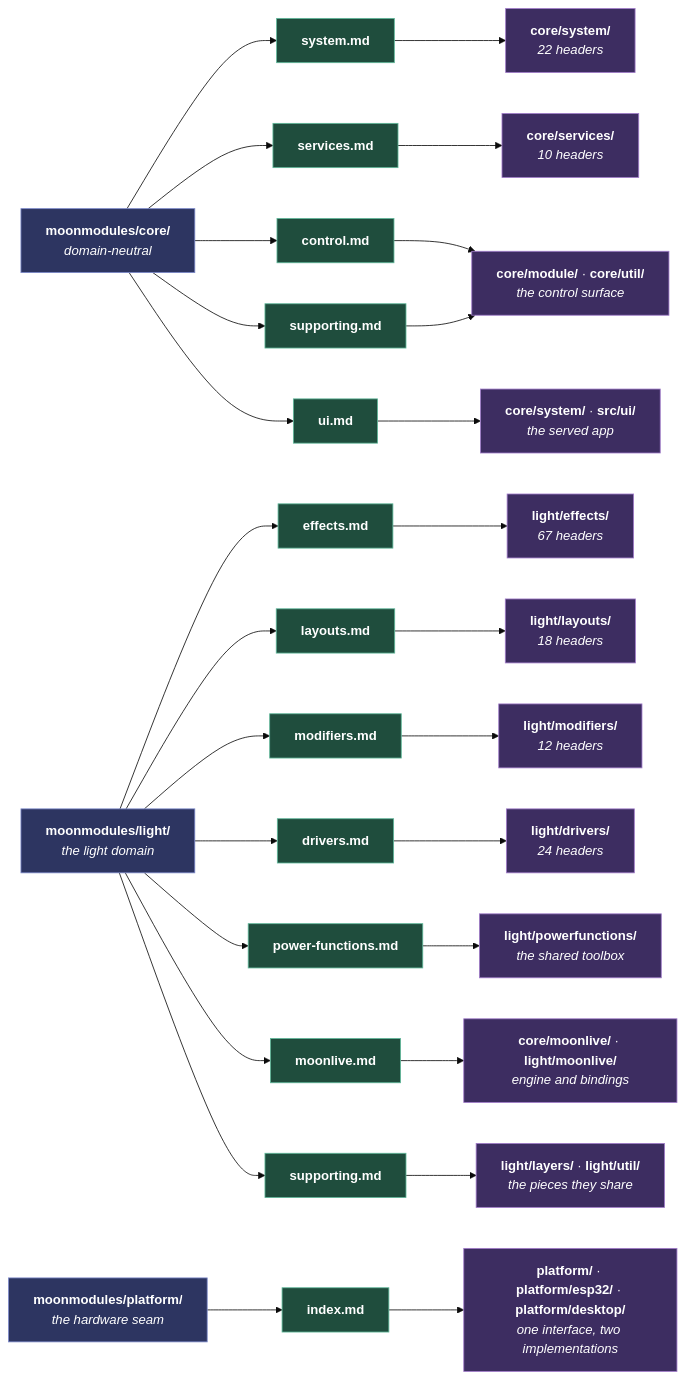
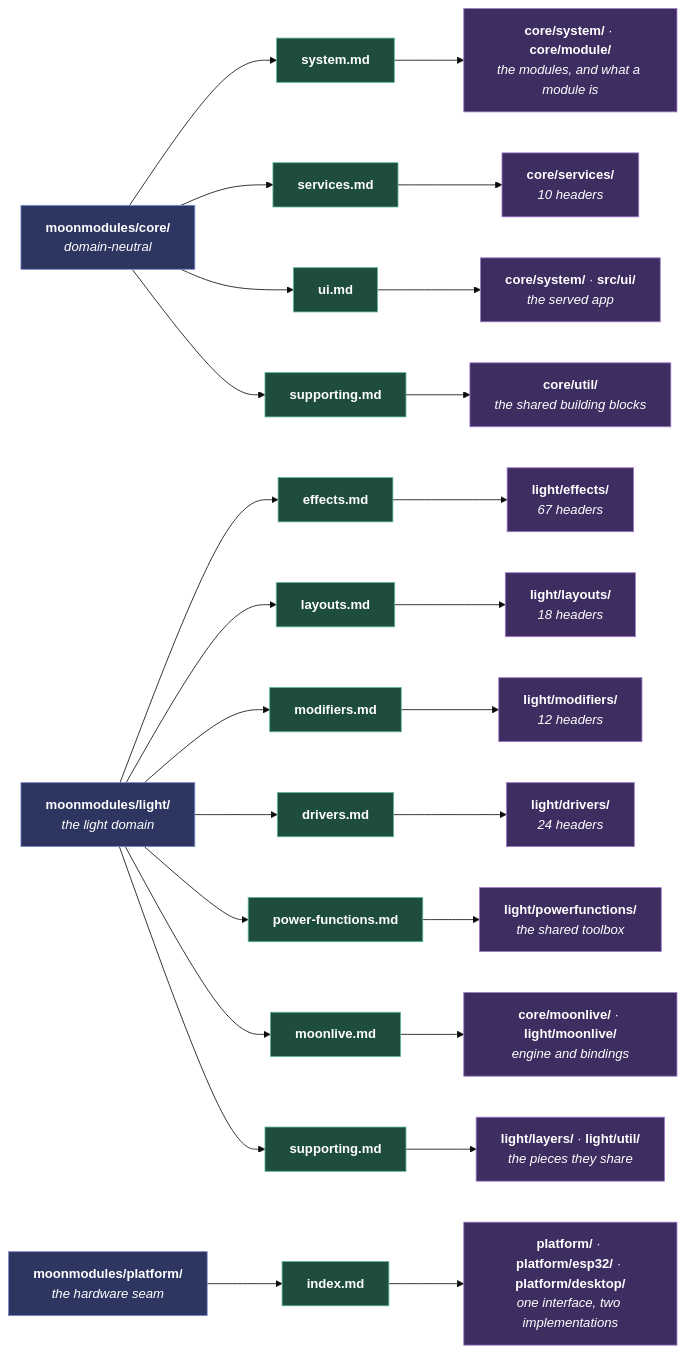
The second of 2 diagrams in docs/contributing/documentation-standards.md (Gohnnyman/projectMM), drawn with Mermaid (base theme) before and after one commit. The commit also changed other lines of this file and 86 other files, not shown here.

````diff
--- a/docs/contributing/documentation-standards.md
+++ b/docs/contributing/documentation-standards.md
@@ -50,62 +50,60 @@
 ```mermaid
 flowchart LR
     core["<b>moonmodules/core/</b><br/><i>domain-neutral</i>"]
     light["<b>moonmodules/light/</b><br/><i>the light domain</i>"]
     plat["<b>moonmodules/platform/</b><br/><i>the hardware seam</i>"]
 
     csys["<b>system.md</b>"]
     csvc["<b>services.md</b>"]
-    cctl["<b>control.md</b>"]
     cui["<b>ui.md</b>"]
     csup["<b>supporting.md</b>"]
 
     leff["<b>effects.md</b>"]
     llay["<b>layouts.md</b>"]
     lmod["<b>modifiers.md</b>"]
     ldrv["<b>drivers.md</b>"]
     lpf["<b>power-functions.md</b>"]
     lml["<b>moonlive.md</b>"]
     lsup["<b>supporting.md</b>"]
 
     pidx["<b>index.md</b>"]
 
-    hsys["<b>core/system/</b><br/><i>22 headers</i>"]
+    hsys["<b>core/system/</b> · <b>core/module/</b><br/><i>the modules, and what a module is</i>"]
     hsvc["<b>core/services/</b><br/><i>10 headers</i>"]
-    hctl["<b>core/module/</b> · <b>core/util/</b><br/><i>the control surface</i>"]
+    hctl["<b>core/util/</b><br/><i>the shared building blocks</i>"]
     hui["<b>core/system/</b> · <b>src/ui/</b><br/><i>the served app</i>"]
 
     heff["<b>light/effects/</b><br/><i>67 headers</i>"]
     hlay["<b>light/layouts/</b><br/><i>18 headers</i>"]
     hmod["<b>light/modifiers/</b><br/><i>12 headers</i>"]
     hdrv["<b>light/drivers/</b><br/><i>24 headers</i>"]
     hpf["<b>light/powerfunctions/</b><br/><i>the shared toolbox</i>"]
     hml["<b>core/moonlive/</b> · <b>light/moonlive/</b><br/><i>engine and bindings</i>"]
     hlyr["<b>light/layers/</b> · <b>light/util/</b><br/><i>the pieces they share</i>"]
     hplat["<b>platform/</b> · <b>platform/esp32/</b> · <b>platform/desktop/</b><br/><i>one interface, two implementations</i>"]
 
-    core --> csys & csvc & cctl & cui & csup
+    core --> csys & csvc & cui & csup
     light --> leff & llay & lmod & ldrv & lpf & lml & lsup
     plat --> pidx
 
     csys --> hsys
     csvc --> hsvc
-    cctl --> hctl
     cui --> hui
     csup --> hctl
 
     leff --> heff
     llay --> hlay
     lmod --> hmod
     ldrv --> hdrv
     lpf --> hpf
     lml --> hml
     lsup --> hlyr
     pidx --> hplat
 
     classDef domain fill:#2d3561,stroke:#7b88c9,color:#fff
     classDef page fill:#1f4d3d,stroke:#5fb89a,color:#fff
     classDef headers fill:#3d2d61,stroke:#a07bc9,color:#fff
     class core,light,plat domain
-    class csys,csvc,cctl,cui,csup,leff,llay,lmod,ldrv,lpf,lml,lsup,pidx page
+    class csys,csvc,cui,csup,leff,llay,lmod,ldrv,lpf,lml,lsup,pidx page
     class hsys,hsvc,hctl,hui,heff,hlay,hmod,hdrv,hpf,hml,hlyr,hplat headers
 ```
````
